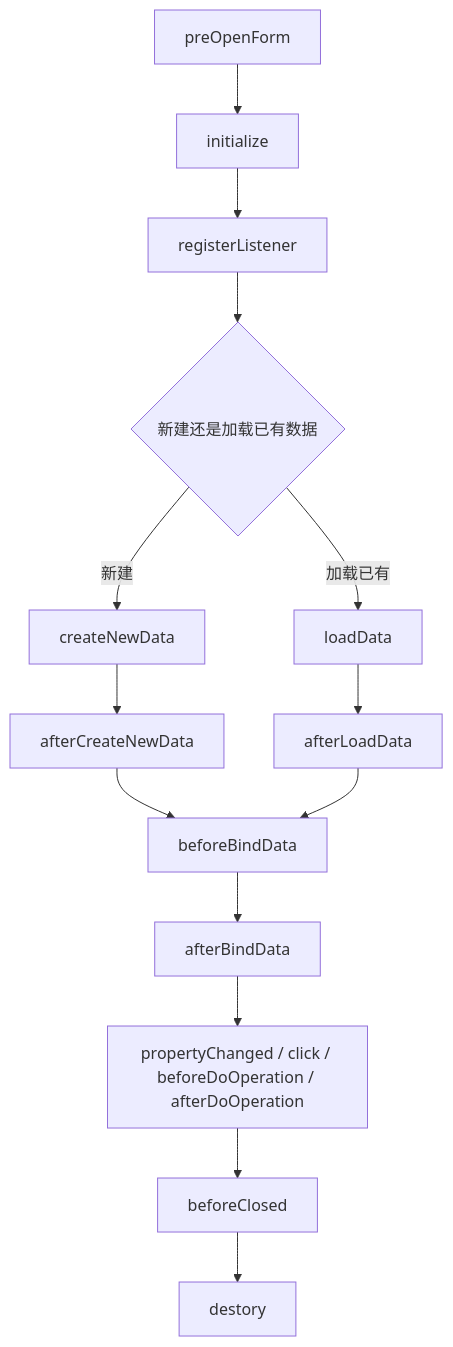
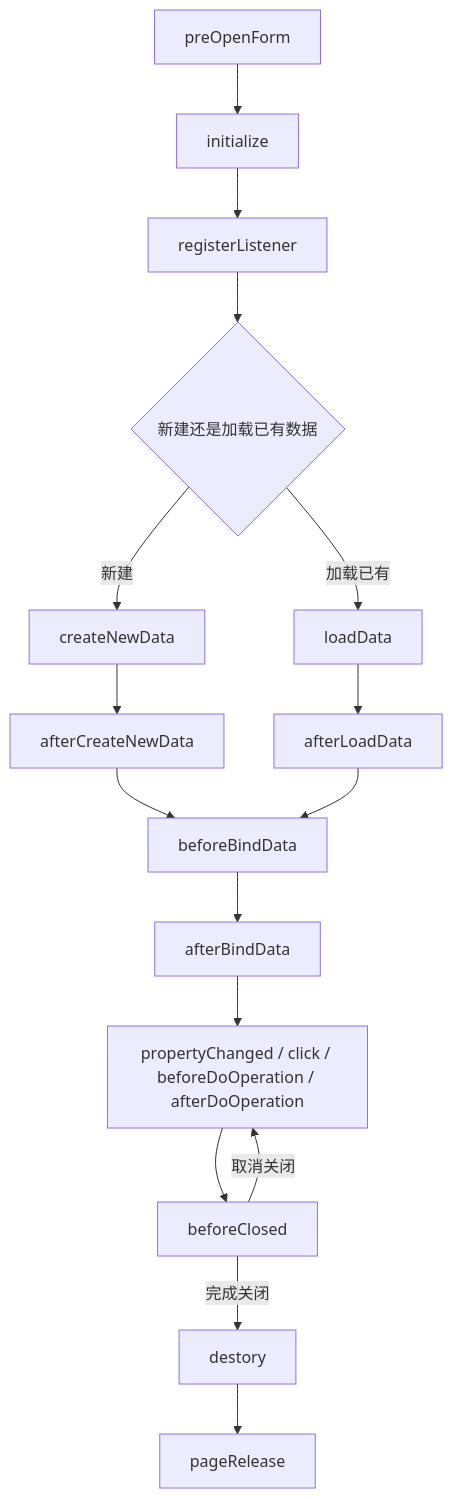
Before and after one commit to anfeng-crystal/ai-skills: the first of 5 diagrams in skills/kingdee/kingdee-cosmic/references/adv/event-lifecycle.md, drawn with Mermaid. The commit also changed other lines of this file and 169 other files, not shown here.

````diff
--- a/skills/kingdee/kingdee-cosmic/references/adv/event-lifecycle.md
+++ b/skills/kingdee/kingdee-cosmic/references/adv/event-lifecycle.md
@@ -28,16 +29,18 @@
 ```mermaid
 flowchart TD
     A["preOpenForm"] --> B["initialize"]
     B --> C["registerListener"]
     C --> D{"新建还是加载已有数据"}
     D -->|新建| E["createNewData"]
     E --> F["afterCreateNewData"]
     D -->|加载已有| G["loadData"]
     G --> H["afterLoadData"]
     F --> I["beforeBindData"]
     H --> I
     I --> J["afterBindData"]
     J --> K["propertyChanged / click / beforeDoOperation / afterDoOperation"]
     K --> L["beforeClosed"]
-    L --> M["destory"]
+    L -->|取消关闭| K
+    L -->|完成关闭| M["destory"]
+    M --> N["pageRelease"]
 ```
````
